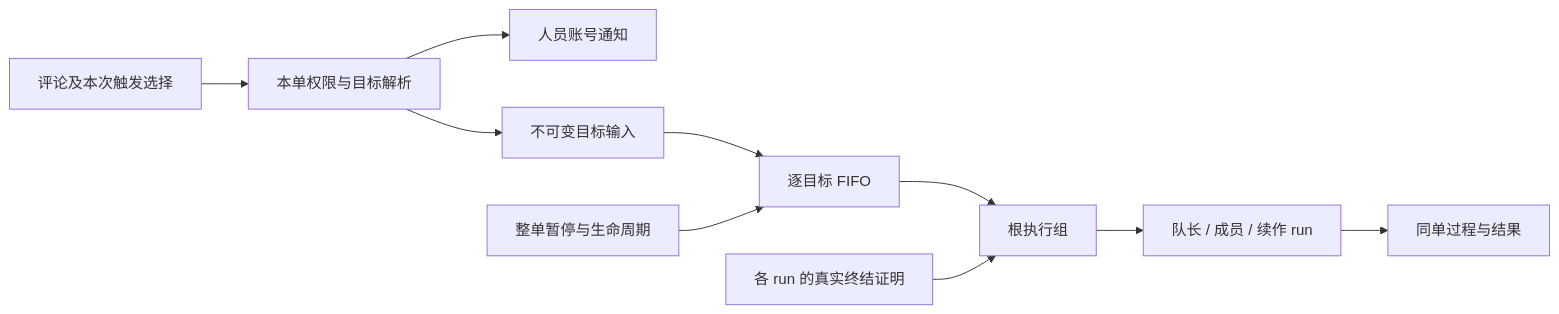
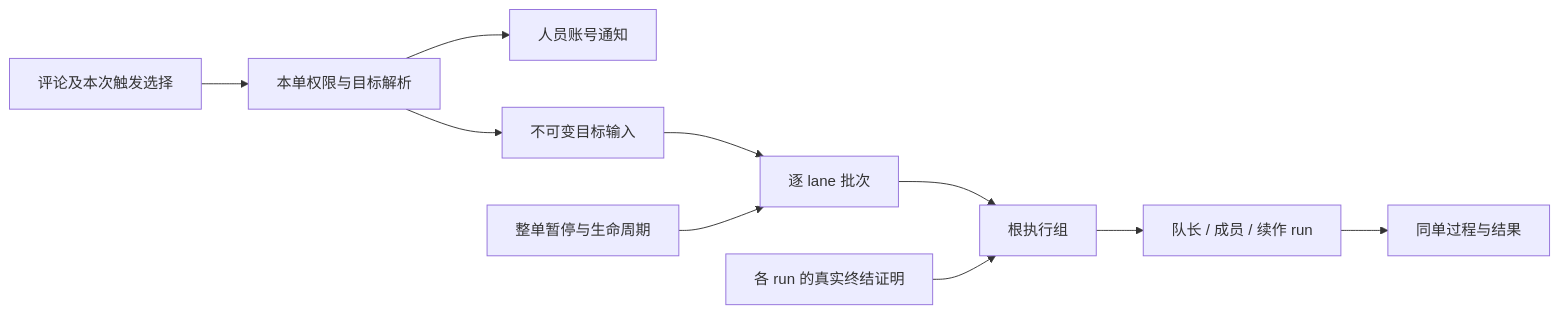
Before and after one commit to yangshangwei/multica-0.4.37: the diagram in .trellis/tasks/10-10-cross-workspace-collaboration/mention-redesign-2026-10-17.md, drawn with Mermaid. The commit also changed other lines of this file and 31 other files, not shown here.

````diff
--- a/.trellis/tasks/10-10-cross-workspace-collaboration/mention-redesign-2026-10-17.md
+++ b/.trellis/tasks/10-10-cross-workspace-collaboration/mention-redesign-2026-10-17.md
@@ -43,12 +43,12 @@
 ```mermaid
 flowchart LR
   C[评论及本次触发选择] --> A[本单权限与目标解析]
   A --> N[人员账号通知]
   A --> I[不可变目标输入]
-  I --> T[逐目标 FIFO]
+  I --> T[逐 lane 批次]
   G[整单暂停与生命周期] --> T
   T --> E[根执行组]
   E --> R[队长 / 成员 / 续作 run]
   R --> H[同单过程与结果]
   P[各 run 的真实终结证明] --> E
 ```
````
